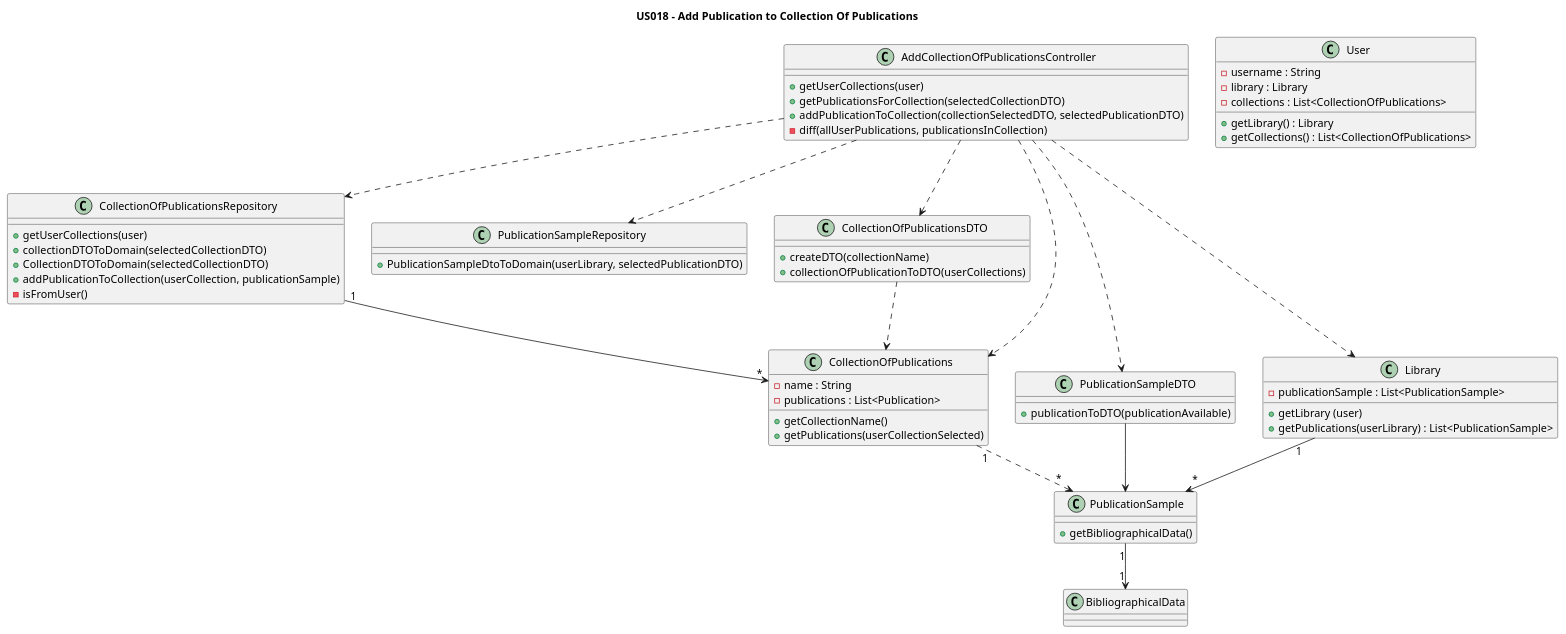
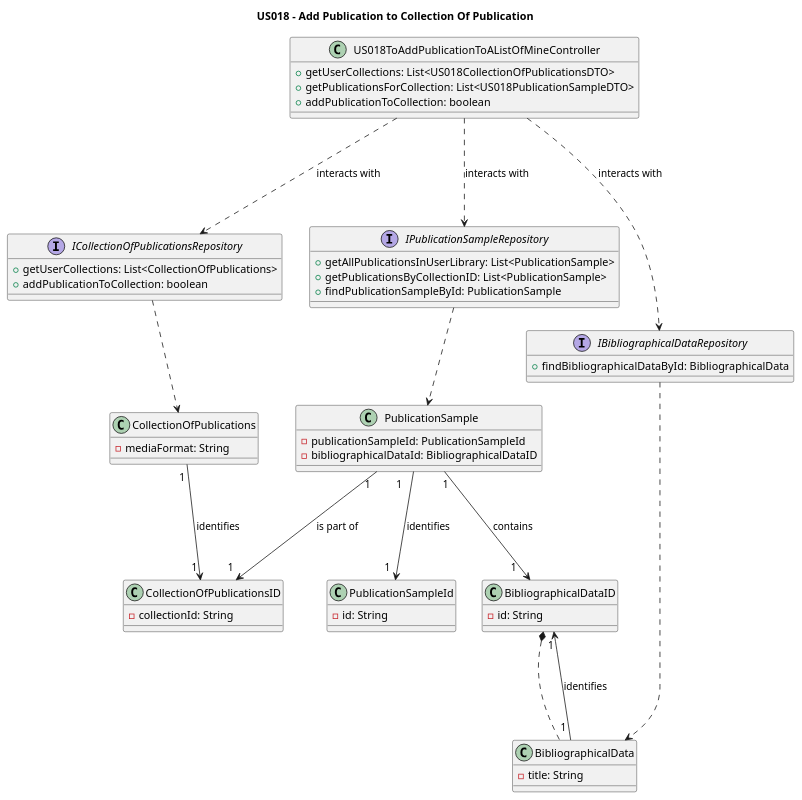
One commit to AndrePereiraGitH/SWitCH-Project-Team_A changed the diagram in Diagrams/ClassDiagrams/US018-to-add-publication-to-list.puml. Above: the diagram before and after it, drawn with PlantUML. The commit also changed 4 other files, not shown here.

Commit message:
refactor #615: update sequence and class diagrams according to DDD

```diff
--- a/Diagrams/ClassDiagrams/US018-to-add-publication-to-list.puml
+++ b/Diagrams/ClassDiagrams/US018-to-add-publication-to-list.puml
@@ -1,102 +1,84 @@
 @startuml
-title US018 - Add Publication to Collection Of Publications
+title US018 - Add Publication to Collection Of Publication
 
-' ======================
-' Controller
-' ======================
+' ========================
+' APPLICATION LAYER
+' ========================
 
-class AddCollectionOfPublicationsController {
-    +getUserCollections(user)
-    +getPublicationsForCollection(selectedCollectionDTO)
-    +addPublicationToCollection(collectionSelectedDTO, selectedPublicationDTO)
-    -diff(allUserPublications, publicationsInCollection)
+class US018ToAddPublicationToAListOfMineController {
+  +getUserCollections: List<US018CollectionOfPublicationsDTO>
+  +getPublicationsForCollection: List<US018PublicationSampleDTO>
+  +addPublicationToCollection: boolean
 }
 
-' ======================
-' Repository
-' ======================
+' ========================
+' DOMAIN LAYER
+' ========================
 
-class CollectionOfPublicationsRepository {
-    +getUserCollections(user)
-    +collectionDTOToDomain(selectedCollectionDTO)
-    +CollectionDTOToDomain(selectedCollectionDTO)
-    +addPublicationToCollection(userCollection, publicationSample)
-    -isFromUser()
+class CollectionOfPublications {
+  -mediaFormat: String
 }
 
-class PublicationSampleRepository {
-    +PublicationSampleDtoToDomain(userLibrary, selectedPublicationDTO)
+class CollectionOfPublicationsID {
+  -collectionId: String
 }
 
+CollectionOfPublications "1 " ---> "1 " CollectionOfPublicationsID : identifies
 
-' ======================
-' DTO
-' ======================
 
-class CollectionOfPublicationsDTO {
-    +createDTO(collectionName)
-    +collectionOfPublicationToDTO(userCollections)
+class PublicationSample {
+  -publicationSampleId: PublicationSampleId
+  -bibliographicalDataId: BibliographicalDataID
 }
 
-class PublicationSampleDTO {
-    +publicationToDTO(publicationAvailable)
+class PublicationSampleId {
+  -id: String
 }
 
-' ======================
-' Domain
-' ======================
-
-class User {
-  - username : String
-  - library : Library
-  - collections : List<CollectionOfPublications>
-  + getLibrary() : Library
-  + getCollections() : List<CollectionOfPublications>
+class BibliographicalDataID {
+  -id: String
 }
 
+PublicationSample "1    " ---> "  1  " PublicationSampleId : identifies
+PublicationSample "1" ---> "  1   " BibliographicalDataID : contains
+PublicationSample "1" ---> "  1   " CollectionOfPublicationsID : is part of
 
-class CollectionOfPublications {
-  - name : String
-  - publications : List<Publication>
-
-    +getCollectionName()
-    +getPublications(userCollectionSelected)
+class BibliographicalData {
+  -title: String
 }
 
-class Library {
-  - publicationSample : List<PublicationSample>
-    + getLibrary (user)
-    + getPublications(userLibrary) : List<PublicationSample>
+' ========================
+' REPOSITORIES
+' ========================
 
+interface ICollectionOfPublicationsRepository {
+  +getUserCollections: List<CollectionOfPublications>
+  +addPublicationToCollection: boolean
 }
 
-class PublicationSample {
-    +getBibliographicalData()
+interface IPublicationSampleRepository {
+  +getAllPublicationsInUserLibrary: List<PublicationSample>
+  +getPublicationsByCollectionID: List<PublicationSample>
+  +findPublicationSampleById: PublicationSample
 }
 
-class BibliographicalData
+interface IBibliographicalDataRepository {
+  +findBibliographicalDataById: BibliographicalData
+}
 
+' ========================
+' DEPENDENCIES
+' ========================
 
-' ======================
-' Associations
-' ======================
+US018ToAddPublicationToAListOfMineController ...> ICollectionOfPublicationsRepository : interacts with
+US018ToAddPublicationToAListOfMineController ...> IPublicationSampleRepository : interacts with
+US018ToAddPublicationToAListOfMineController ...> IBibliographicalDataRepository : interacts with
 
-AddCollectionOfPublicationsController ..> CollectionOfPublicationsRepository
-AddCollectionOfPublicationsController ..> CollectionOfPublicationsDTO
-AddCollectionOfPublicationsController ..> PublicationSampleDTO
-AddCollectionOfPublicationsController ..> PublicationSampleRepository
-AddCollectionOfPublicationsController ..> Library
-AddCollectionOfPublicationsController ..> CollectionOfPublications
+ICollectionOfPublicationsRepository ..> CollectionOfPublications
+IPublicationSampleRepository ..> PublicationSample
+IBibliographicalDataRepository ..> BibliographicalData
 
-CollectionOfPublicationsRepository "1" --> "*" CollectionOfPublications
-
-CollectionOfPublicationsDTO ..> CollectionOfPublications
-
-CollectionOfPublications "1" ..> "*" PublicationSample
-
-Library "1" --> "*" PublicationSample
-
-PublicationSampleDTO --> PublicationSample
-PublicationSample "1" --> "1" BibliographicalData
+BibliographicalDataID *.. BibliographicalData
+BibliographicalData " 1 " ---> "  1" BibliographicalDataID : identifies
 
 @enduml
```
